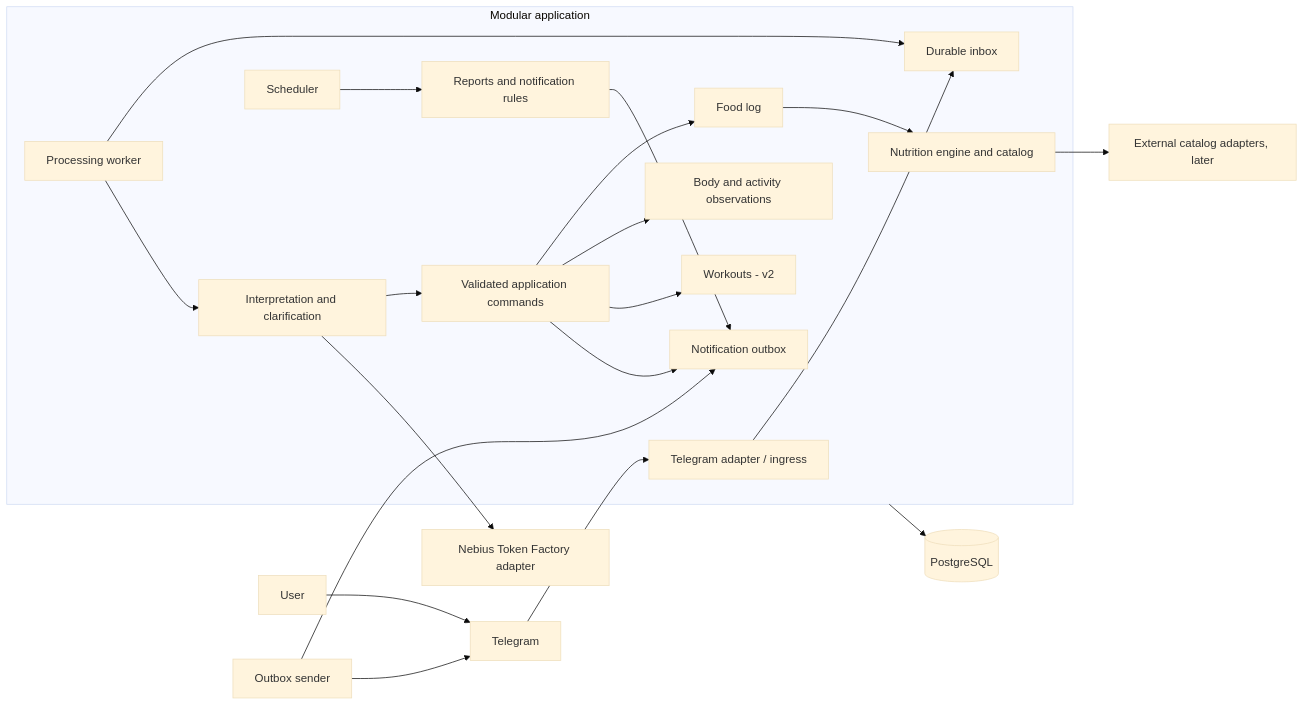
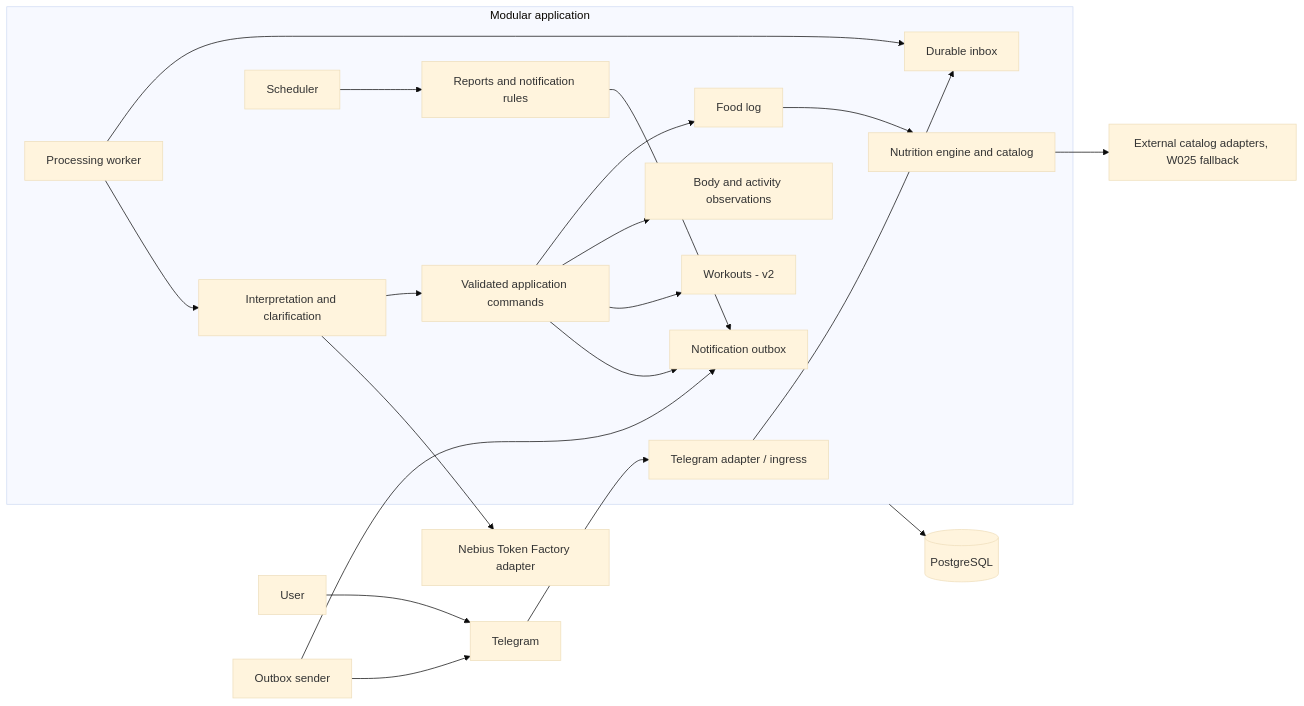
One commit to zbsmirnova/nutrition_assistant changed the second of 2 diagrams in docs/architecture-plan.md. Above: the diagram before and after it, drawn with Mermaid (base theme). The commit also changed other lines of this file and 19 other files, not shown here.

Commit message:
Implement external food catalog fallback

````diff
--- a/docs/architecture-plan.md
+++ b/docs/architecture-plan.md
@@ -66,23 +66,23 @@
 ```mermaid
 flowchart LR
     Person[User] --> Telegram[Telegram]
     Telegram --> Ingress[Telegram adapter / ingress]
     subgraph App[Modular application]
         Ingress --> Inbox[Durable inbox]
         Worker[Processing worker] --> Inbox
         Worker --> Interpretation[Interpretation and clarification]
         Interpretation --> Commands[Validated application commands]
         Commands --> Food[Food log]
         Commands --> Observations[Body and activity observations]
         Commands --> Workouts[Workouts - v2]
         Food --> Nutrition[Nutrition engine and catalog]
         Scheduler[Scheduler] --> Reports[Reports and notification rules]
         Commands --> Outbox[Notification outbox]
         Reports --> Outbox
     end
     Interpretation --> Provider[Nebius Token Factory adapter]
-    Nutrition --> Sources[External catalog adapters, later]
+        Nutrition --> Sources[External catalog adapters, W025 fallback]
     App --> DB[(PostgreSQL)]
     Sender[Outbox sender] --> Outbox
     Sender --> Telegram
 ```
````
